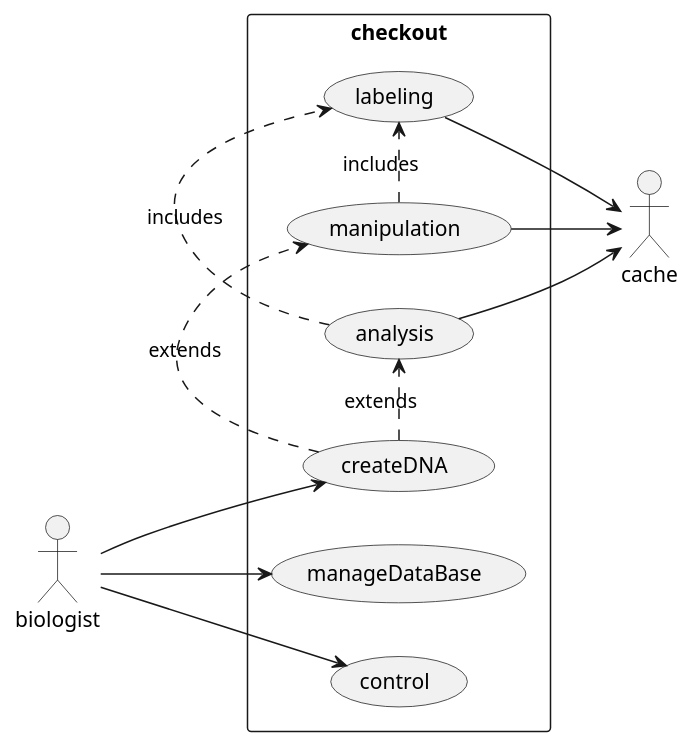
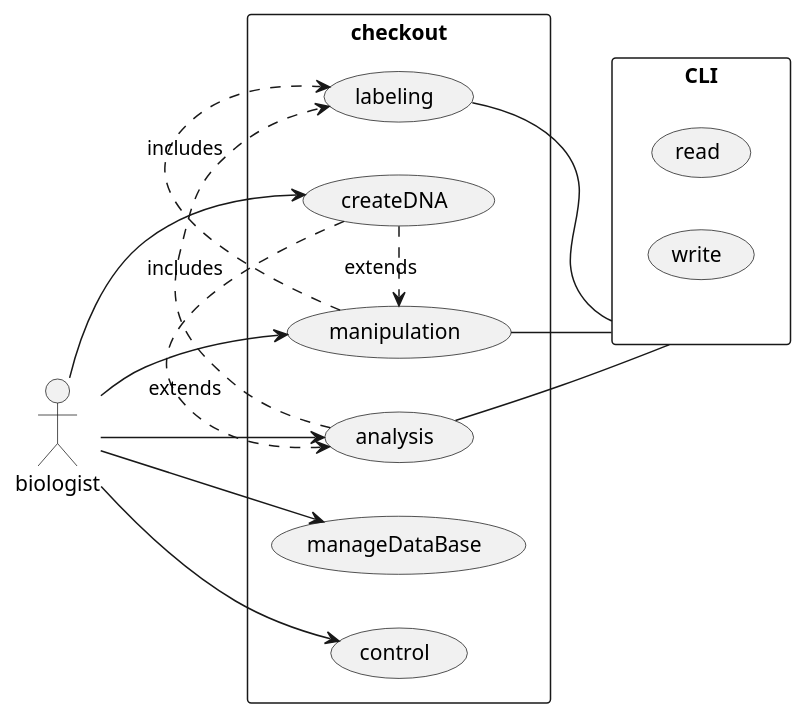
Before and after one commit to AliMasarweh/DNA-Analyzer-CPP: the second of 3 diagrams in docs/UML_Diagrams.md, drawn with PlantUML. The commit also changed other lines of this file, not shown here.

````diff
--- a/docs/UML_Diagrams.md
+++ b/docs/UML_Diagrams.md
@@ -150,21 +171,26 @@
 ```plantuml
 @startuml
 left to right direction
 skinparam packageStyle rectangle
 actor biologist
-actor cache
+rectangle CLI{
+    (read)
+    (write)
+}
 rectangle checkout {
+  biologist --> (manipulation)
+  biologist --> (analysis)
   biologist --> (createDNA)
   biologist --> (manageDataBase)
   biologist --> (control)
   (createDNA) .> (manipulation) : extends
   (createDNA) .> (analysis) : extends
   (manipulation) .> (labeling) : includes
   (analysis) .> (labeling) : includes
 
-  (manipulation) --> cache
-  (analysis) --> cache
-  (labeling) --> cache
+  (manipulation) -- CLI
+  (analysis) -- CLI
+  (labeling) -- CLI
 }
 @enduml
 ```
````
